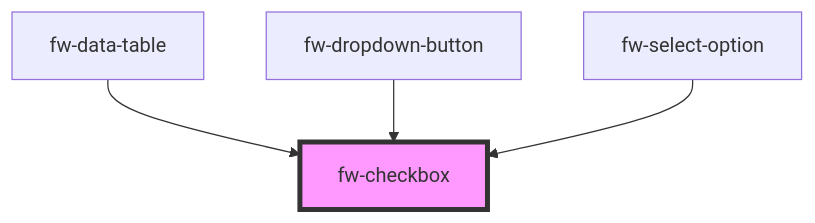
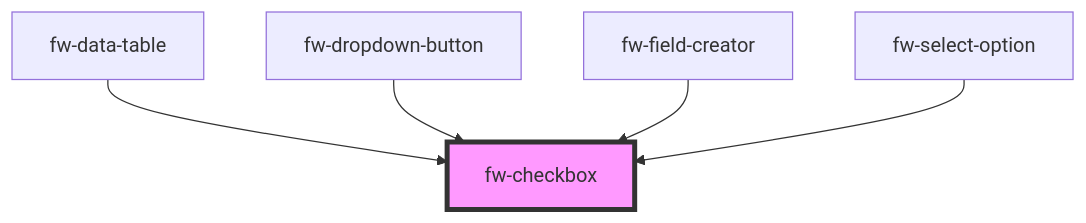
Before and after one commit to freshworks/crayons: the diagram in packages/crayons-core/src/components/checkbox/readme.md, drawn with Mermaid. The commit also changed other lines of this file and 13 other files, not shown here.

````diff
--- a/packages/crayons-core/src/components/checkbox/readme.md
+++ b/packages/crayons-core/src/components/checkbox/readme.md
@@ -68,7 +69,8 @@
 ```mermaid
 graph TD;
   fw-data-table --> fw-checkbox
   fw-dropdown-button --> fw-checkbox
+  fw-field-creator --> fw-checkbox
   fw-select-option --> fw-checkbox
   style fw-checkbox fill:#f9f,stroke:#333,stroke-width:4px
 ```
````
